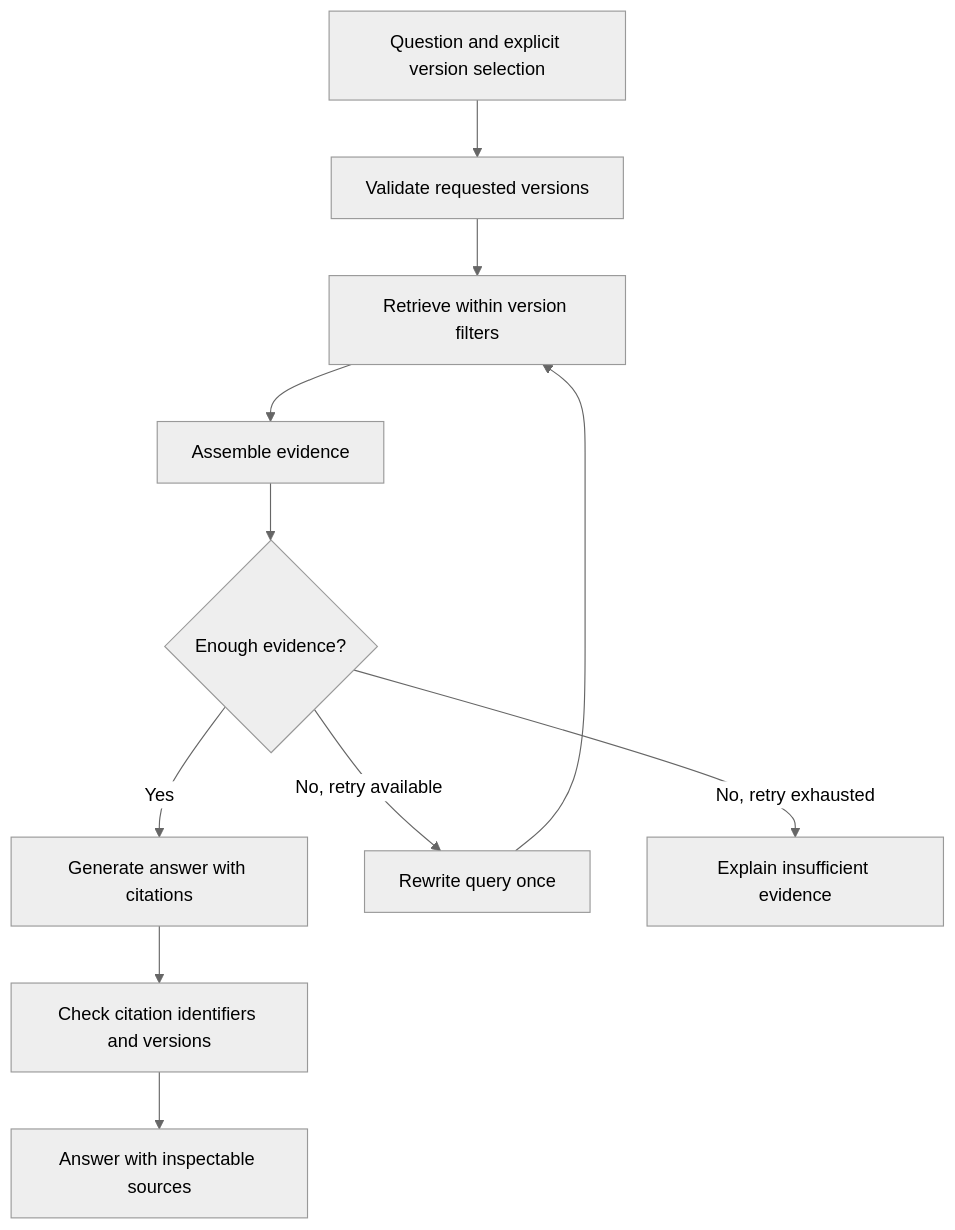
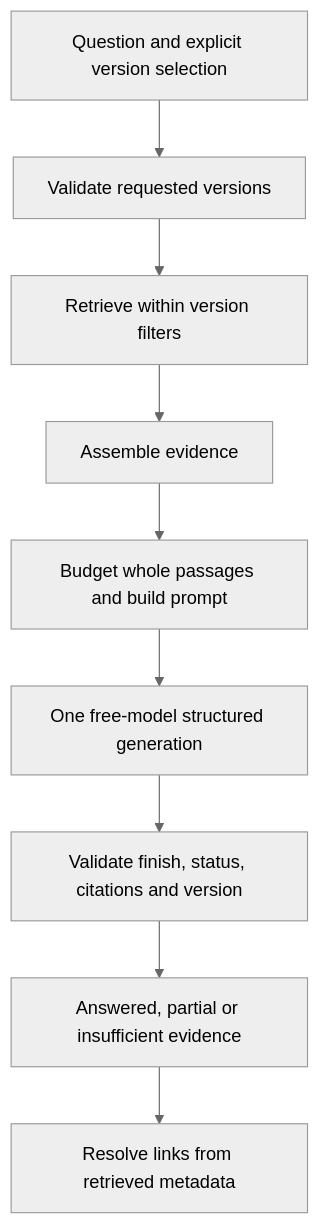
Before and after one commit to Himanshu5harma/doclens: the second of 2 diagrams in docs/architecture.md, drawn with Mermaid (neutral theme). The commit also changed other lines of this file and 25 other files, not shown here.

First line of the commit message:
Complete baseline RAG with evaluation and free-model answers

````diff
--- a/docs/architecture.md
+++ b/docs/architecture.md
@@ -24,13 +24,11 @@
 ```mermaid
 flowchart TD
     Q[Question and explicit version selection] --> V[Validate requested versions]
     V --> R[Retrieve within version filters]
     R --> E[Assemble evidence]
-    E --> S{Enough evidence?}
-    S -->|Yes| G[Generate answer with citations]
-    S -->|No, retry available| W[Rewrite query once]
-    W --> R
-    S -->|No, retry exhausted| U[Explain insufficient evidence]
-    G --> C[Check citation identifiers and versions]
-    C --> A[Answer with inspectable sources]
+    E --> P[Budget whole passages and build prompt]
+    P --> G[One free-model structured generation]
+    G --> C[Validate finish, status, citations and version]
+    C --> A[Answered, partial or insufficient evidence]
+    A --> L[Resolve links from retrieved metadata]
 ```
````
